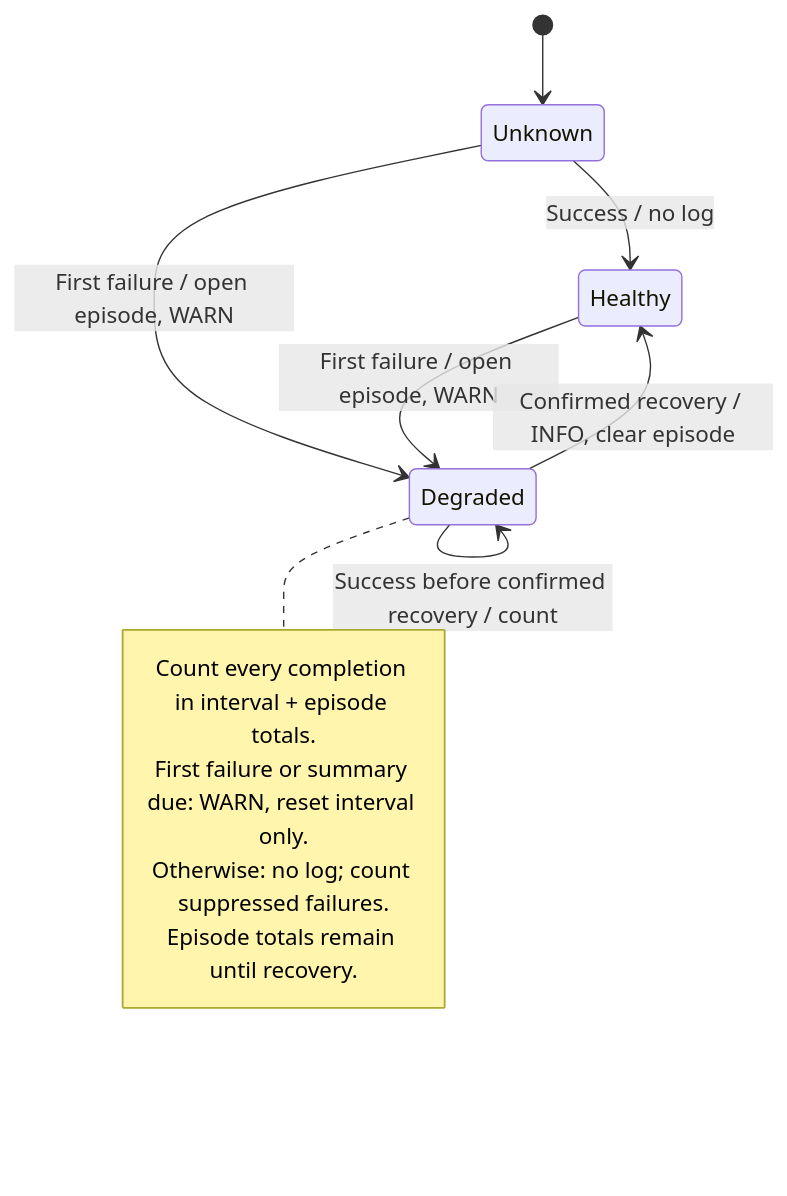
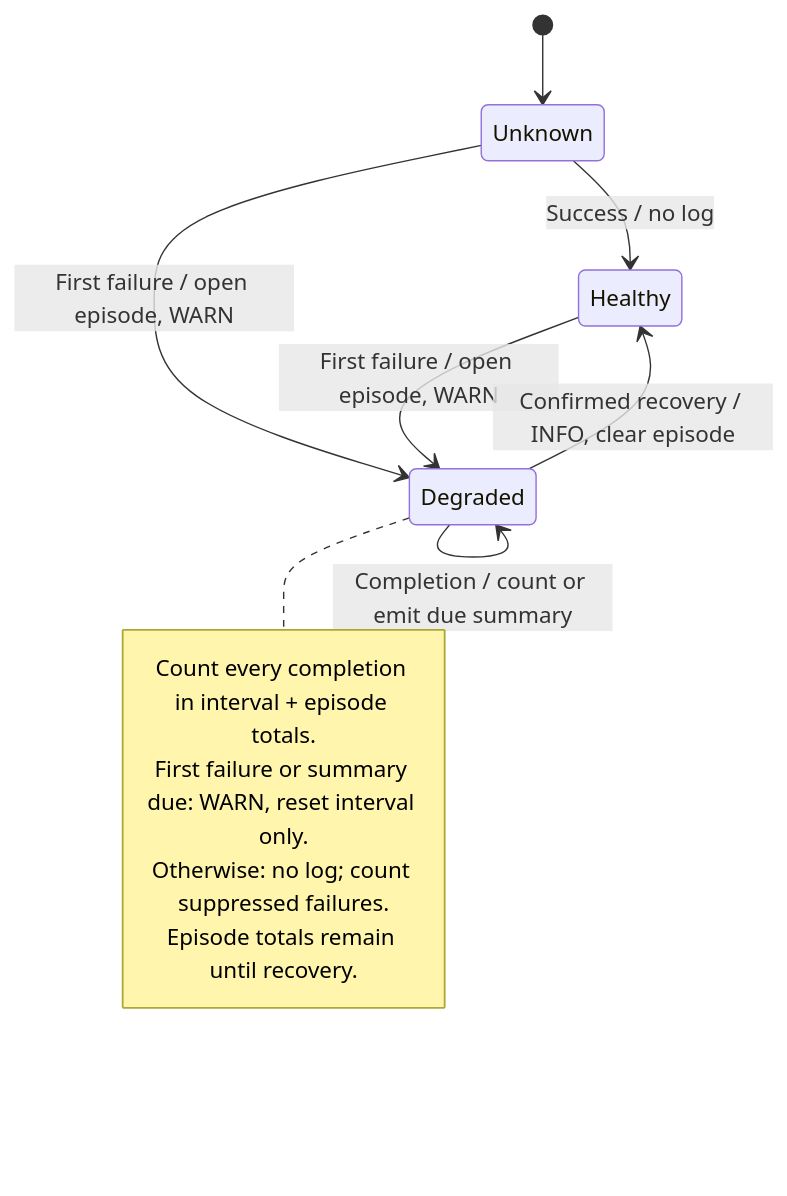
The diagram in rust/otap-dataflow/docs/telemetry/events-guide.md (open-telemetry/otel-arrow), drawn with Mermaid before and after one commit. The commit also changed other lines of this file and 5 other files, not shown here.

````diff
--- a/rust/otap-dataflow/docs/telemetry/events-guide.md
+++ b/rust/otap-dataflow/docs/telemetry/events-guide.md
@@ -382,19 +382,18 @@
 ```mermaid
 stateDiagram-v2
     [*] --> Unknown
 
     Unknown --> Healthy: Success / no log
     Unknown --> Degraded: First failure / open episode, WARN
     Healthy --> Degraded: First failure / open episode, WARN
 
-    Degraded --> Degraded: Failure / count or emit due summary
-    Degraded --> Degraded: Success before confirmed recovery / count
+    Degraded --> Degraded: Completion / count or emit due summary
     Degraded --> Healthy: Confirmed recovery / INFO, clear episode
 
     note right of Degraded
         Count every completion in interval + episode totals.
         First failure or summary due: WARN, reset interval only.
         Otherwise: no log; count suppressed failures.
         Episode totals remain until recovery.
     end note
 ```
````
